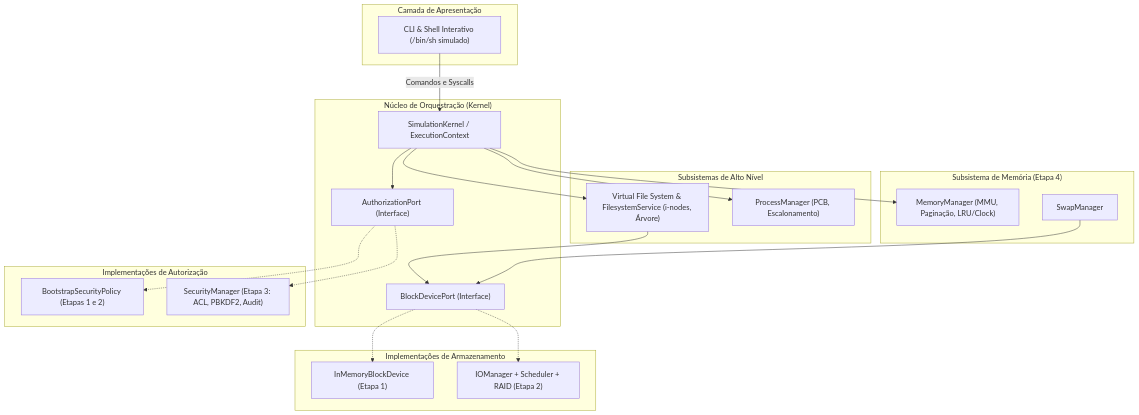
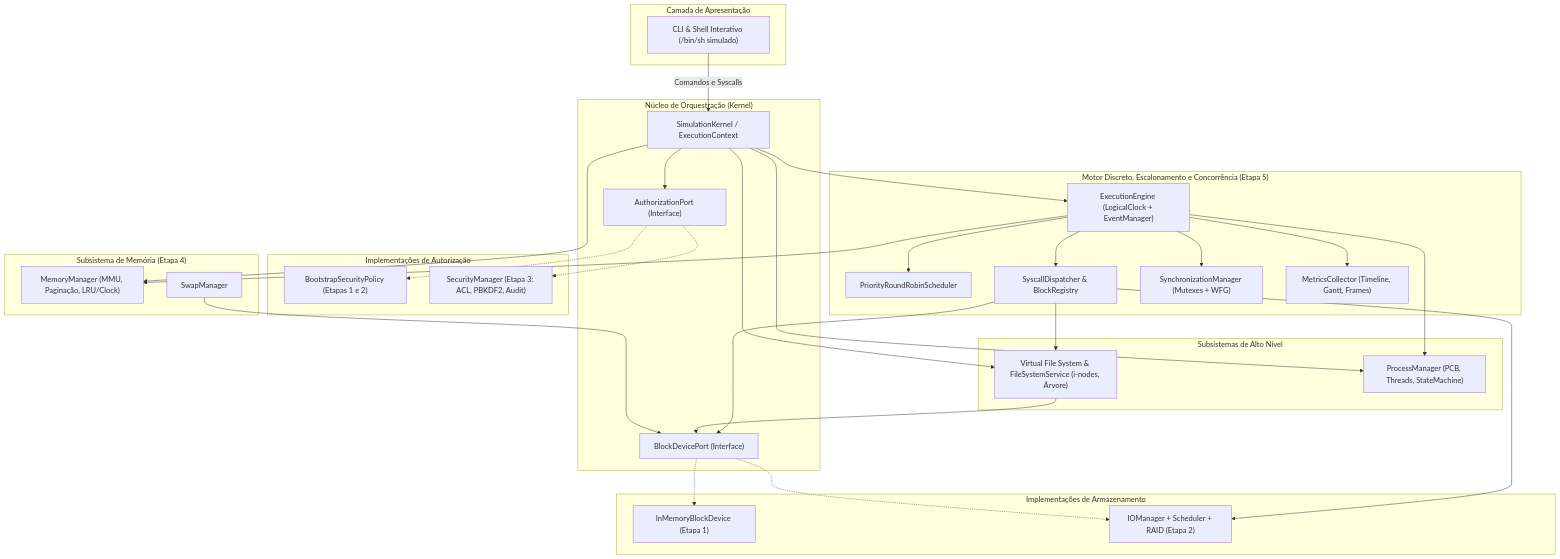
Before and after one commit to matheussbastos1/OS_simulator: the first of 7 diagrams in docs/ARCHITECTURE.md, drawn with Mermaid. The commit also changed other lines of this file and 6 other files, not shown here.

Commit message:
docs(process): document Stage 5 architecture, algorithms, cli, ground truth, and roadmap

````diff
--- a/docs/ARCHITECTURE.md
+++ b/docs/ARCHITECTURE.md
@@ -39,45 +39,64 @@
 ```mermaid
 flowchart TD
     subgraph UI ["Camada de Apresentação"]
         CLI["CLI & Shell Interativo (/bin/sh simulado)"]
     end
 
     subgraph Core ["Núcleo de Orquestração (Kernel)"]
         Kernel["SimulationKernel / ExecutionContext"]
         AuthPort["AuthorizationPort (Interface)"]
         BlockPort["BlockDevicePort (Interface)"]
     end
 
     subgraph AdaptersAuth ["Implementações de Autorização"]
         BootstrapAuth["BootstrapSecurityPolicy (Etapas 1 e 2)"]
         RealAuth["SecurityManager (Etapa 3: ACL, PBKDF2, Audit)"]
     end
 
     subgraph HighLevel ["Subsistemas de Alto Nível"]
-        VFS["Virtual File System & FilesystemService (i-nodes, Árvore)"]
-        PROC["ProcessManager (PCB, Escalonamento)"]
+        VFS["Virtual File System & FileSystemService (i-nodes, Árvore)"]
+        PROC["ProcessManager (PCB, Threads, StateMachine)"]
+    end
+
+    subgraph Stage5Exec ["Motor Discreto, Escalonamento e Concorrência (Etapa 5)"]
+        ENGINE["ExecutionEngine (LogicalClock + EventManager)"]
+        SCHED["PriorityRoundRobinScheduler"]
+        SYSCALL["SyscallDispatcher & BlockRegistry"]
+        SYNC["SynchronizationManager (Mutexes + WFG)"]
+        METRICS["MetricsCollector (Timeline, Gantt, Frames)"]
     end
 
     subgraph AdaptersStorage ["Implementações de Armazenamento"]
         MemAdapter["InMemoryBlockDevice (Etapa 1)"]
         IOAdapter["IOManager + Scheduler + RAID (Etapa 2)"]
     end
 
     subgraph LowLevel ["Subsistema de Memória (Etapa 4)"]
         MEM["MemoryManager (MMU, Paginação, LRU/Clock)"]
         SWAP["SwapManager"]
     end
 
     CLI -->|Comandos e Syscalls| Kernel
     Kernel --> AuthPort
     AuthPort -.-> BootstrapAuth
     AuthPort -.-> RealAuth
     Kernel --> VFS
     Kernel --> PROC
     Kernel --> MEM
+    Kernel --> ENGINE
+
+    ENGINE --> PROC
+    ENGINE --> SCHED
+    ENGINE --> SYSCALL
+    ENGINE --> SYNC
+    ENGINE --> METRICS
+    ENGINE --> MEM
+    SYSCALL --> VFS
+    SYSCALL --> IOAdapter
+    SYSCALL --> BlockPort
 
     VFS --> BlockPort
     SWAP --> BlockPort
     BlockPort -.-> MemAdapter
     BlockPort -.-> IOAdapter
 ```
````
